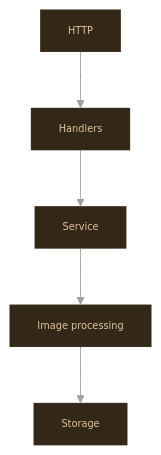
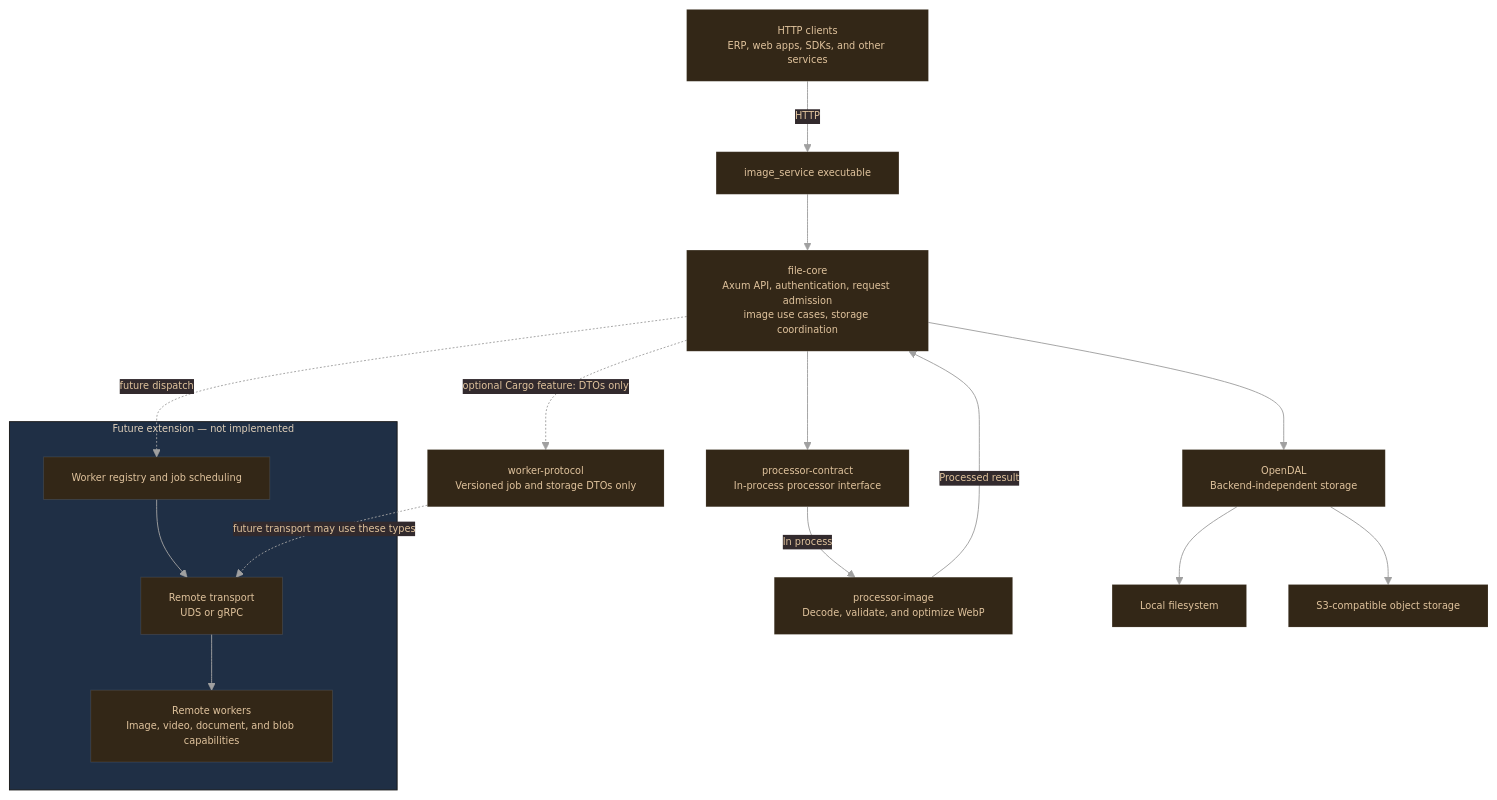
The second of 2 diagrams in README.md (agusquartz/image_service), drawn with Mermaid before and after one commit. The commit also changed other lines of this file, not shown here.

Commit message:
docs(readme): explain current and future processor paths

````diff
--- a/README.md
+++ b/README.md
@@ -240,6 +260,8 @@
 
     .node .label p {
       padding: 4.5px 9px;
+      min-width: 210px;
+      box-sizing: border-box;
       margin: 0;
     }
 
@@ -280,7 +302,31 @@
       stroke: rgba(249,249,247,0.50);
     }
 ---
-flowchart TD
-    HTTP --> Handlers --> Service
-    Service --> ImageProcessing[Image processing] --> Storage
+flowchart TB
+    CLIENT[HTTP clients<br/>ERP, web apps, SDKs, and other services]
+    BINARY[image_service executable]
+    CORE[file-core<br/>Axum API, authentication, request admission<br/>image use cases, storage coordination]
+    CONTRACT[processor-contract<br/>In-process processor interface]
+    IMAGE[processor-image<br/>Decode, validate, and optimize WebP]
+    STORAGE[OpenDAL<br/>Backend-independent storage]
+    LOCAL[Local filesystem]
+    S3[S3-compatible object storage]
+    PROTOCOL[worker-protocol<br/>Versioned job and storage DTOs only]
+
+    subgraph FUTURE["Future extension — not implemented"]
+        SCHEDULER[Worker registry and job scheduling]
+        REMOTE[Remote transport<br/>UDS or gRPC]
+        WORKERS[Remote workers<br/>Image, video, document, and blob capabilities]
+        SCHEDULER --> REMOTE --> WORKERS
+    end
+
+    CLIENT -->|HTTP| BINARY --> CORE
+    CORE --> CONTRACT -->|In process| IMAGE
+    IMAGE -->|Processed result| CORE
+    CORE --> STORAGE
+    STORAGE --> LOCAL
+    STORAGE --> S3
+    CORE -. "optional Cargo feature: DTOs only" .-> PROTOCOL
+    CORE -. "future dispatch" .-> SCHEDULER
+    PROTOCOL -. "future transport may use these types" .-> REMOTE
 ```
````
